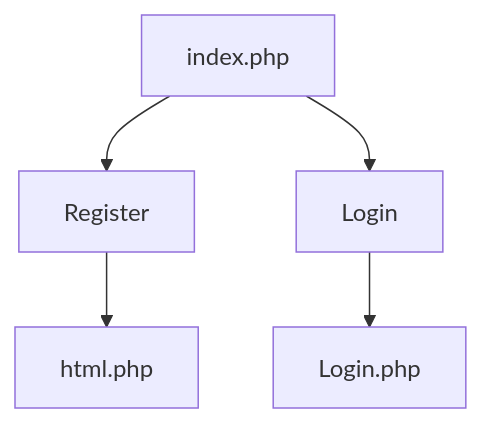
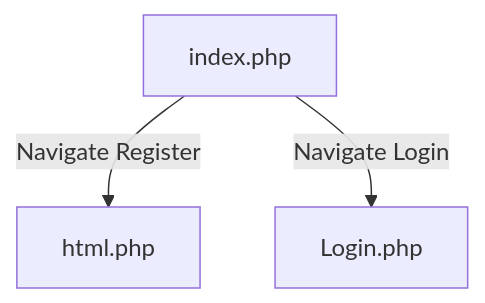
The first of 6 diagrams in readme.md (Nazonokage/Inubrahan-User-Portal), drawn with Mermaid before and after one commit. The commit also changed other lines of this file, not shown here.

````diff
--- a/readme.md
+++ b/readme.md
@@ -57,7 +69,6 @@
 ```mermaid
 flowchart TD
-  A[index.php] --> B[Register]
-  A --> C[Login]
-  B --> D[html.php]
-  C --> E[Login.php]
+    A[index.php] -->|Navigate Register| B[html.php]
+    A -->|Navigate Login| C[Login.php]
+
 ```
````
